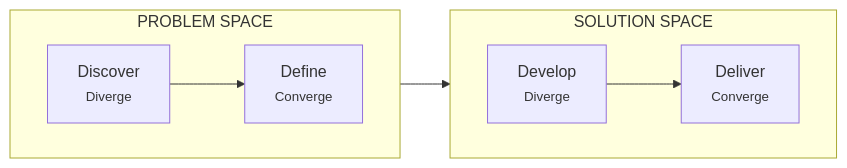
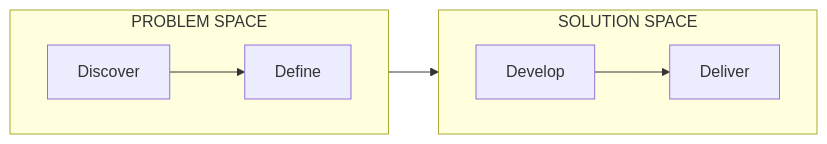
One commit to smileynet/ui-optimizer changed the second of 2 diagrams in docs/product-design/explanation/design-thinking.md. Above: the diagram before and after it, drawn with Mermaid. The commit also changed 6 other files, not shown here.

First line of the commit message:
fix: simplify Mermaid labels - remove escaped HTML tags

````diff
--- a/docs/product-design/explanation/design-thinking.md
+++ b/docs/product-design/explanation/design-thinking.md
@@ -33,14 +33,14 @@
 ```mermaid
 flowchart LR
     subgraph Problem["PROBLEM SPACE"]
         direction LR
-        DIS["Discover<br/><small>Diverge</small>"] --> DEF["Define<br/><small>Converge</small>"]
+        DIS[Discover] --> DEF[Define]
     end
     
     subgraph Solution["SOLUTION SPACE"]
         direction LR
-        DEV["Develop<br/><small>Diverge</small>"] --> DEL["Deliver<br/><small>Converge</small>"]
+        DEV[Develop] --> DEL[Deliver]
     end
     
     DEF --> DEV
 ```
````
